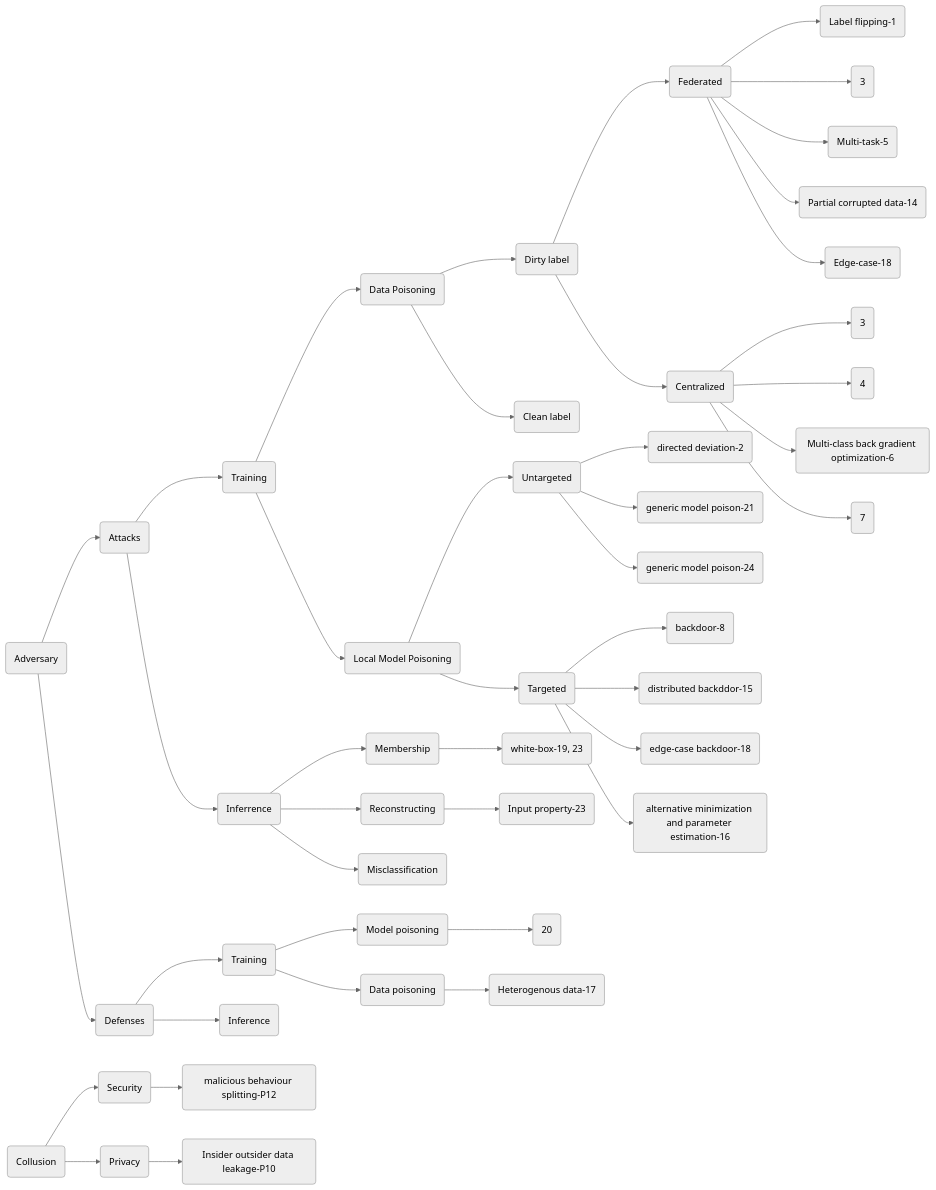
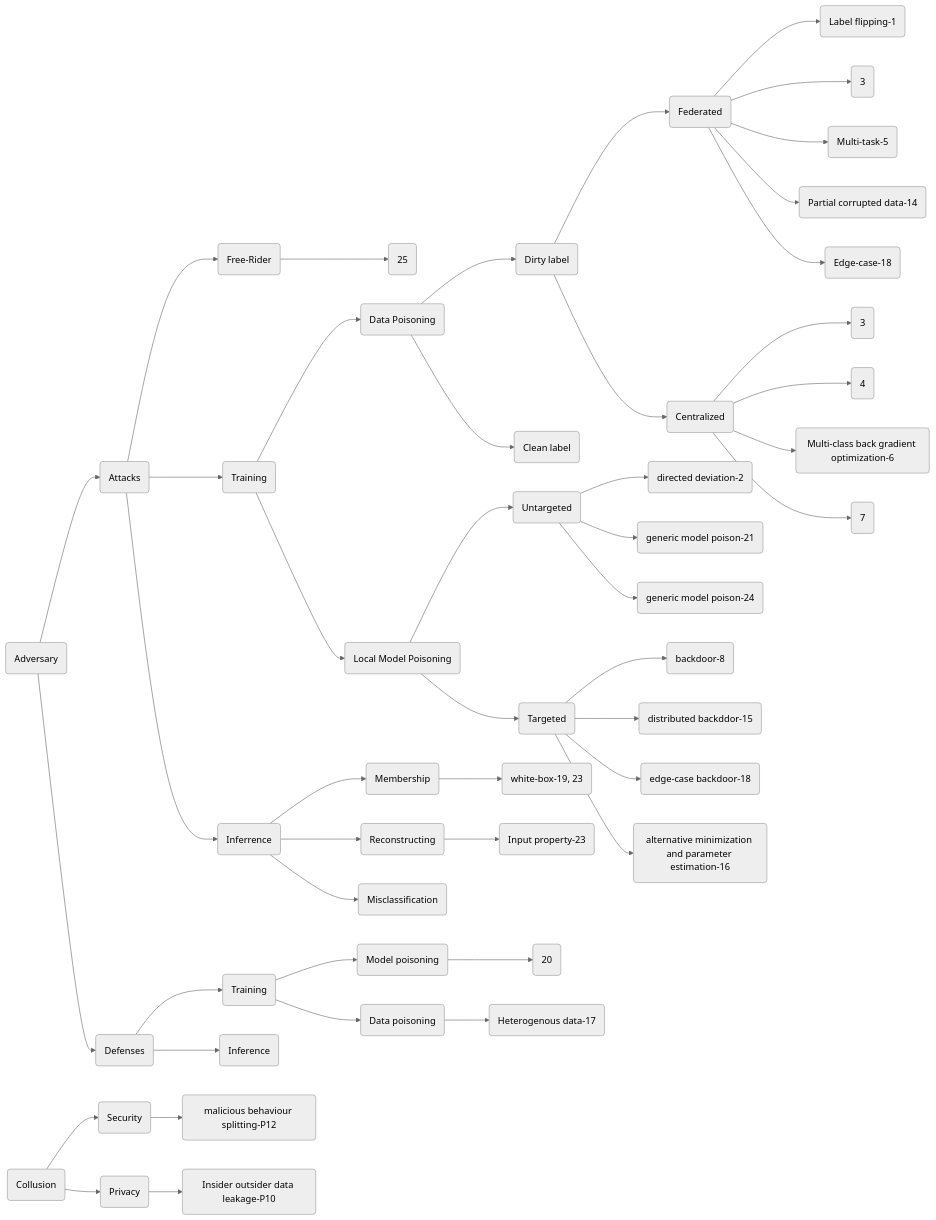
One commit to GillHuang-Xtler/flPapers changed the diagram in poison.md. Above: the diagram before and after it, drawn with Mermaid (neutral theme). The commit also changed other lines of this file, not shown here.

````diff
--- a/poison.md
+++ b/poison.md
@@ -193,48 +203,50 @@
 ```mermaid
 graph LR
 Z(Adversary)-->Z1(Attacks)
 Z-->Z2(Defenses)
 Z1-->A1(Training)
 Z1-->A2(Inferrence)
+Z1-->A3(Free-Rider)
+A3-->B6(25)
 A1-->B1(Data Poisoning)
 B1-->M1(Dirty label)
 B1-->M2(Clean label)
 A1-->B2(Local Model Poisoning)
 M1-->C1(Federated)
 M1-->C2(Centralized)
 B2-->N1(Targeted)
 B2-->N2(Untargeted)
 N2-->D1(directed deviation-2)
 N2-->D3(generic model poison-21)
 N2-->D7(generic model poison-24)
 N1-->D2(backdoor-8)
 N1-->D4(distributed backddor-15)
 N1-->D6(edge-case backdoor-18)
 N1-->D5(alternative minimization and parameter estimation-16)
 C1-->G1(Label flipping-1)
 C1-->G2(3)
 C1-->G3(Multi-task-5)
 C1-->G4(Partial corrupted data-14)
 C1-->G5(Edge-case-18)
 C2-->H1(3)
 C2-->H2(4)
 C2-->H3(Multi-class back gradient optimization-6)
 C2-->H4(7)
 A2-->B3(Membership)
 B3-->I1(white-box-19, 23)
 A2-->B4(Reconstructing)
 B4-->I2(Input property-23)
 A2-->B5(Misclassification)
 Z2-->B11(Training)
 Z2-->B12(Inference)
 B11-->C11(Model poisoning)
 B11-->C12(Data poisoning)
 C11-->D11(20)
 C12-->D12(Heterogenous data-17)
 
 O(Collusion) -->Q1(Security)
 Q1-->P1(malicious behaviour splitting-P12)
 O(Collusion) -->Q2(Privacy)
 Q2-->P2(Insider outsider data leakage-P10)
 
 ```
````
